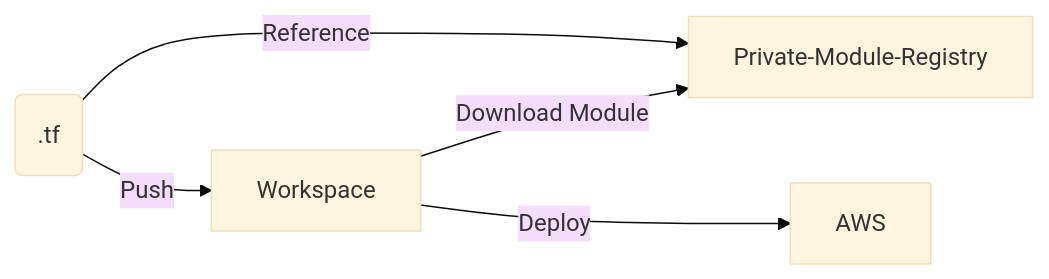
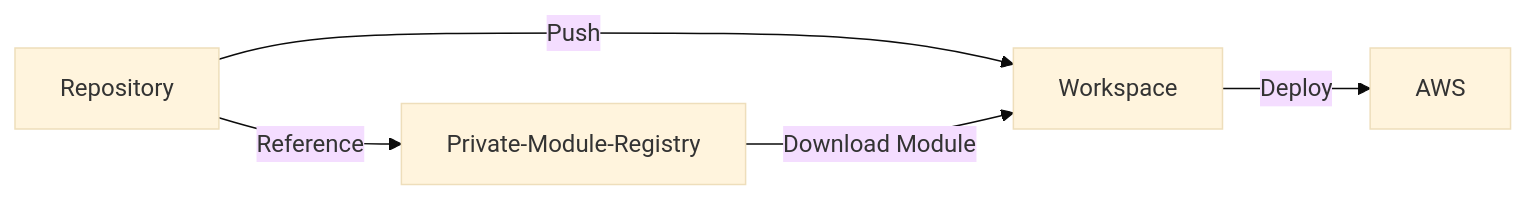
The diagram in AWS/aws0002/README.md (carlos-castillo-a/terraform-cloud), drawn with Mermaid (base theme) before and after one commit. The commit also changed 1 other file, not shown here.

Commit message:
Deploy 2 buckets

````diff
--- a/AWS/aws0002/README.md
+++ b/AWS/aws0002/README.md
@@ -7,7 +7,7 @@
 ```mermaid
 flowchart LR;
-    Repository(.tf) -->|Push| Workspace
-    Repository(.tf) -->|Reference| Private-Module-Registry
-    Workspace -->|Download Module| Private-Module-Registry
+    Repository -->|Push| Workspace
+    Repository -->|Reference| Private-Module-Registry
+    Private-Module-Registry -->|Download Module| Workspace
     Workspace -->|Deploy| AWS
 ```
````
